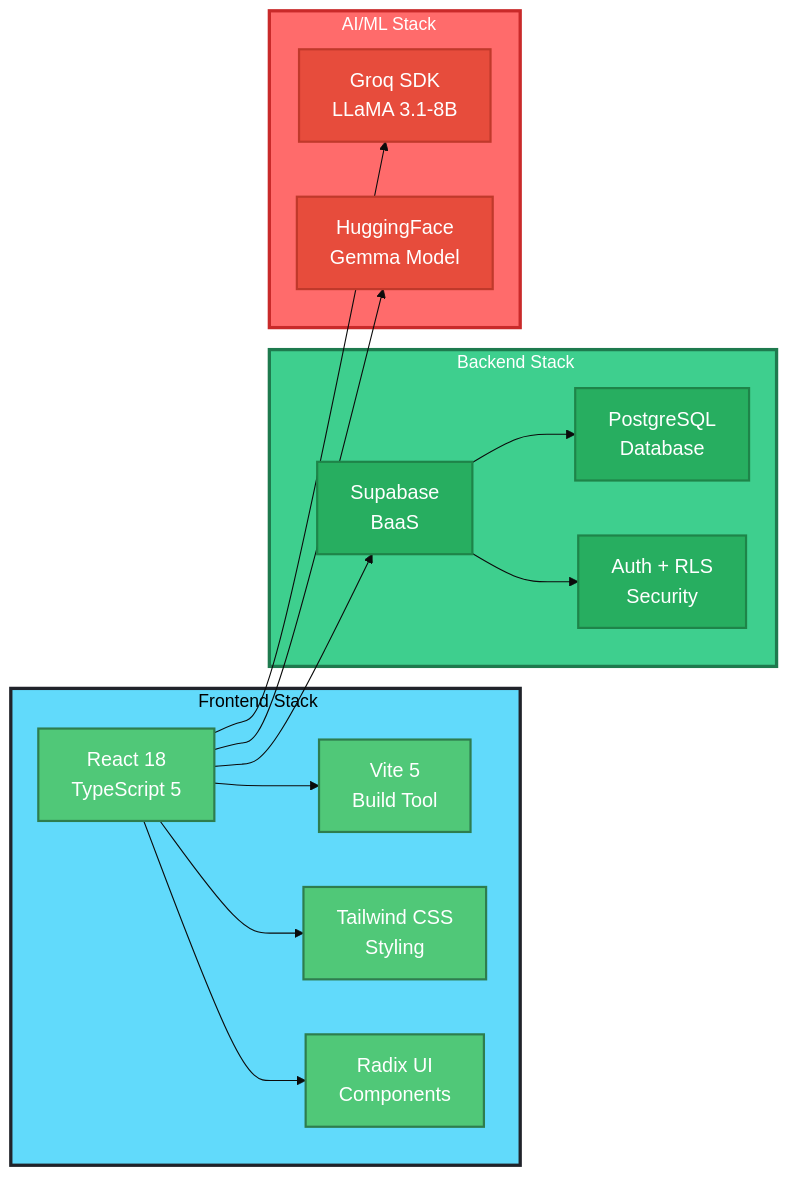
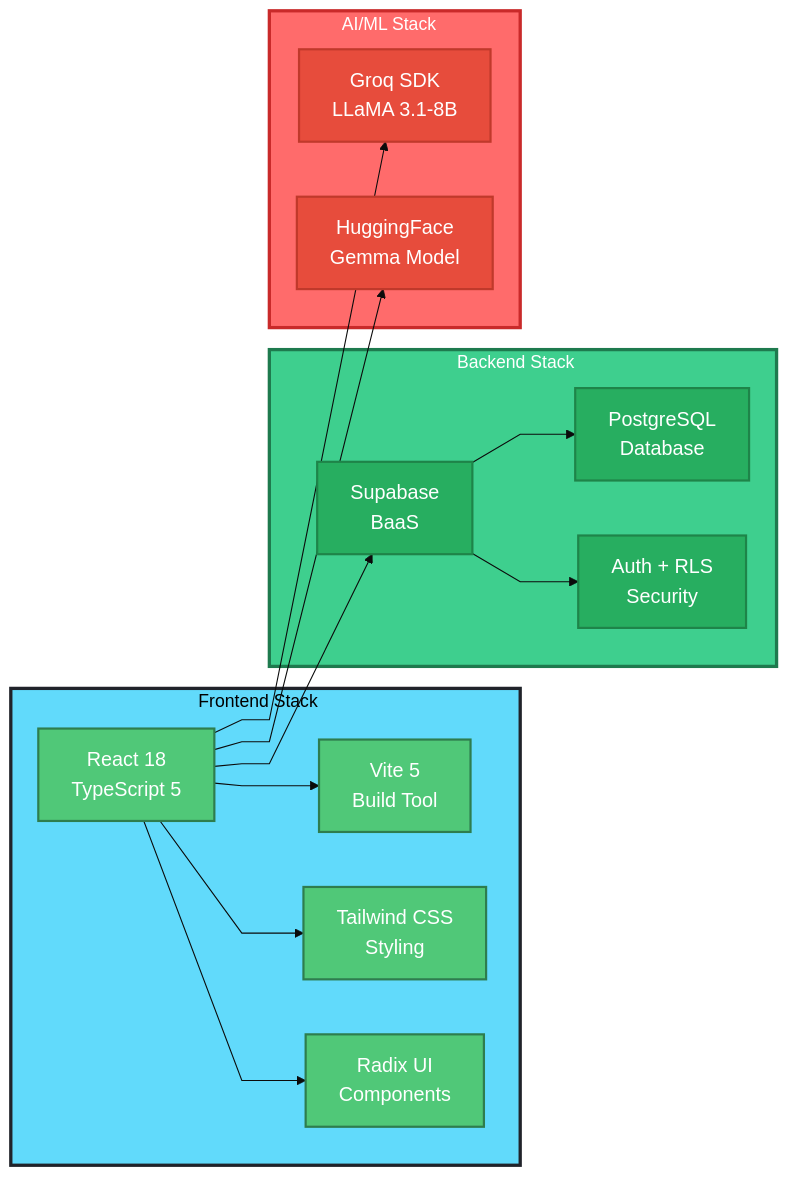
One commit to theadhithyankr/PANI_X changed the third of 7 diagrams in PRESENTATION_DIAGRAMS.md. Above: the diagram before and after it, drawn with Mermaid. The commit also changed other lines of this file and 10 other files, not shown here.

First line of the commit message:
feat(ui): enhance navigation, profile avatars, and diagram rendering

````diff
--- a/PRESENTATION_DIAGRAMS.md
+++ b/PRESENTATION_DIAGRAMS.md
@@ -127,43 +127,43 @@
 ```mermaid
-%%{init: {'theme':'base', 'themeVariables': { 'fontSize':'18px', 'fontFamily':'arial'}}}%%
-graph LR
+%%{init: {'theme':'base', 'themeVariables': { 'fontSize':'18px', 'fontFamily':'arial'}, 'flowchart': {'curve': 'linear'}}}%%
+flowchart LR
     subgraph Frontend["Frontend Stack"]
         React[React 18<br/>TypeScript 5]
         Vite[Vite 5<br/>Build Tool]
         Tailwind[Tailwind CSS<br/>Styling]
         Radix[Radix UI<br/>Components]
     end
     
     subgraph Backend["Backend Stack"]
         Supabase[Supabase<br/>BaaS]
         Postgres[PostgreSQL<br/>Database]
         Auth[Auth + RLS<br/>Security]
     end
     
     subgraph AI["AI/ML Stack"]
         Groq[Groq SDK<br/>LLaMA 3.1-8B]
         HF[HuggingFace<br/>Gemma Model]
     end
     
     React --> Vite
     React --> Tailwind
     React --> Radix
     React --> Supabase
     Supabase --> Postgres
     Supabase --> Auth
     React --> Groq
     React --> HF
     
     style Frontend fill:#61DAFB,stroke:#20232A,stroke-width:3px,color:#000,font-size:16px
     style Backend fill:#3ECF8E,stroke:#1E7A4E,stroke-width:3px,color:#fff,font-size:16px
     style AI fill:#FF6B6B,stroke:#C92A2A,stroke-width:3px,color:#fff,font-size:16px
     style React fill:#50C878,stroke:#2E7D4E,stroke-width:2px,color:#fff
     style Vite fill:#50C878,stroke:#2E7D4E,stroke-width:2px,color:#fff
     style Tailwind fill:#50C878,stroke:#2E7D4E,stroke-width:2px,color:#fff
     style Radix fill:#50C878,stroke:#2E7D4E,stroke-width:2px,color:#fff
     style Supabase fill:#27AE60,stroke:#1E8449,stroke-width:2px,color:#fff
     style Postgres fill:#27AE60,stroke:#1E8449,stroke-width:2px,color:#fff
     style Auth fill:#27AE60,stroke:#1E8449,stroke-width:2px,color:#fff
     style Groq fill:#E74C3C,stroke:#C0392B,stroke-width:2px,color:#fff
     style HF fill:#E74C3C,stroke:#C0392B,stroke-width:2px,color:#fff
 ```
````
